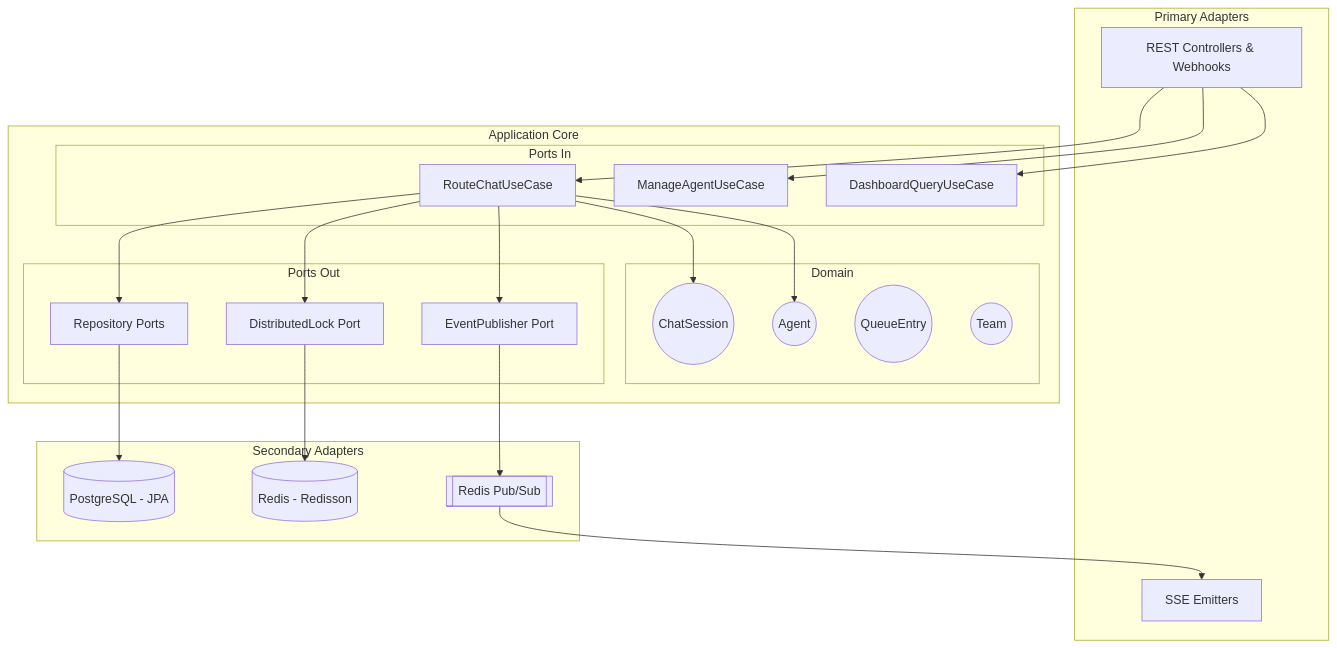
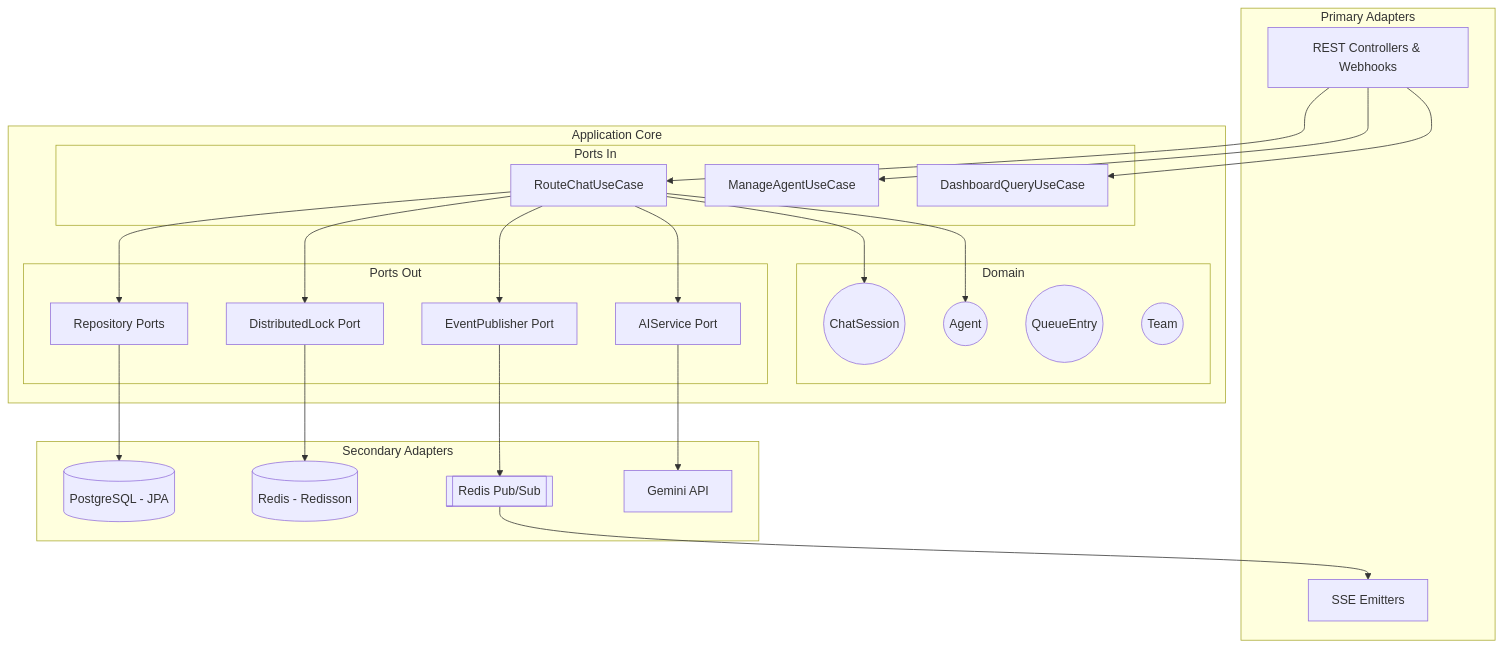
One commit to JoaoIto/flowpay-backend changed the first of 2 diagrams in docs/architecture.md. Above: the diagram before and after it, drawn with Mermaid. The commit also changed other lines of this file and 2 other files, not shown here.

````diff
--- a/docs/architecture.md
+++ b/docs/architecture.md
@@ -9,49 +9,53 @@
 ```mermaid
 graph TD
     subgraph Primary Adapters
         Web[REST Controllers & Webhooks]
         SSE[SSE Emitters]
     end
 
     subgraph Application Core
         subgraph Ports In
             RouteChat[RouteChatUseCase]
             ManageAgent[ManageAgentUseCase]
             Dashboard[DashboardQueryUseCase]
         end
         
         subgraph Domain
             ChatSession((ChatSession))
             Agent((Agent))
             QueueEntry((QueueEntry))
             Team((Team))
         end
         
         subgraph Ports Out
             RepoPort[Repository Ports]
             LockPort[DistributedLock Port]
             EventPort[EventPublisher Port]
+            AIPort[AIService Port]
         end
     end
 
     subgraph Secondary Adapters
         DB[(PostgreSQL - JPA)]
         Cache[(Redis - Redisson)]
         PubSub[[Redis Pub/Sub]]
+        LLM[Gemini API]
     end
 
     Web --> RouteChat
     Web --> ManageAgent
     Web --> Dashboard
     
     RouteChat --> ChatSession
     RouteChat --> Agent
     RouteChat --> RepoPort
     RouteChat --> LockPort
     RouteChat --> EventPort
+    RouteChat --> AIPort
     
     RepoPort --> DB
     LockPort --> Cache
     EventPort --> PubSub
     PubSub --> SSE
+    AIPort --> LLM
 ```
````
